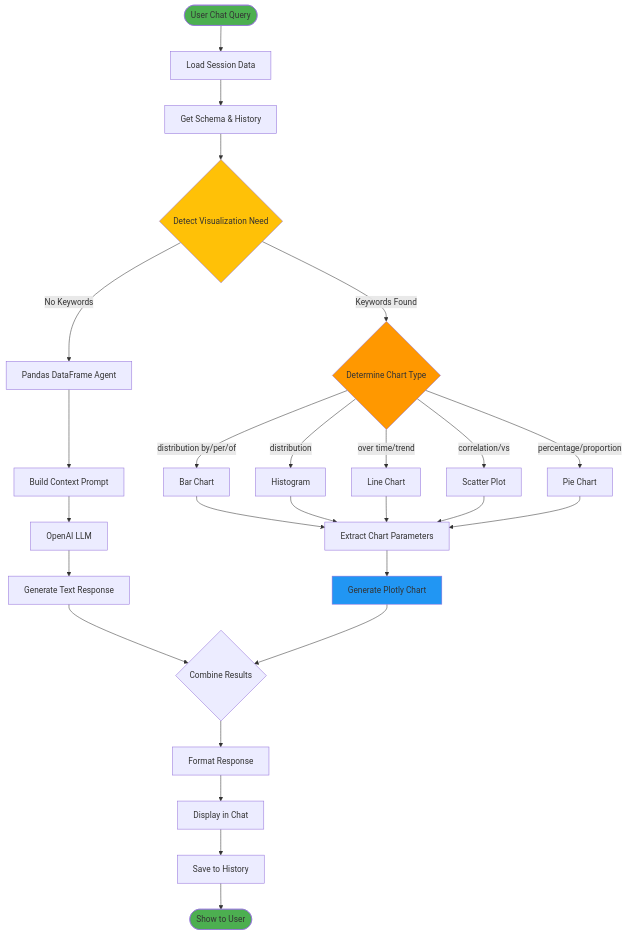
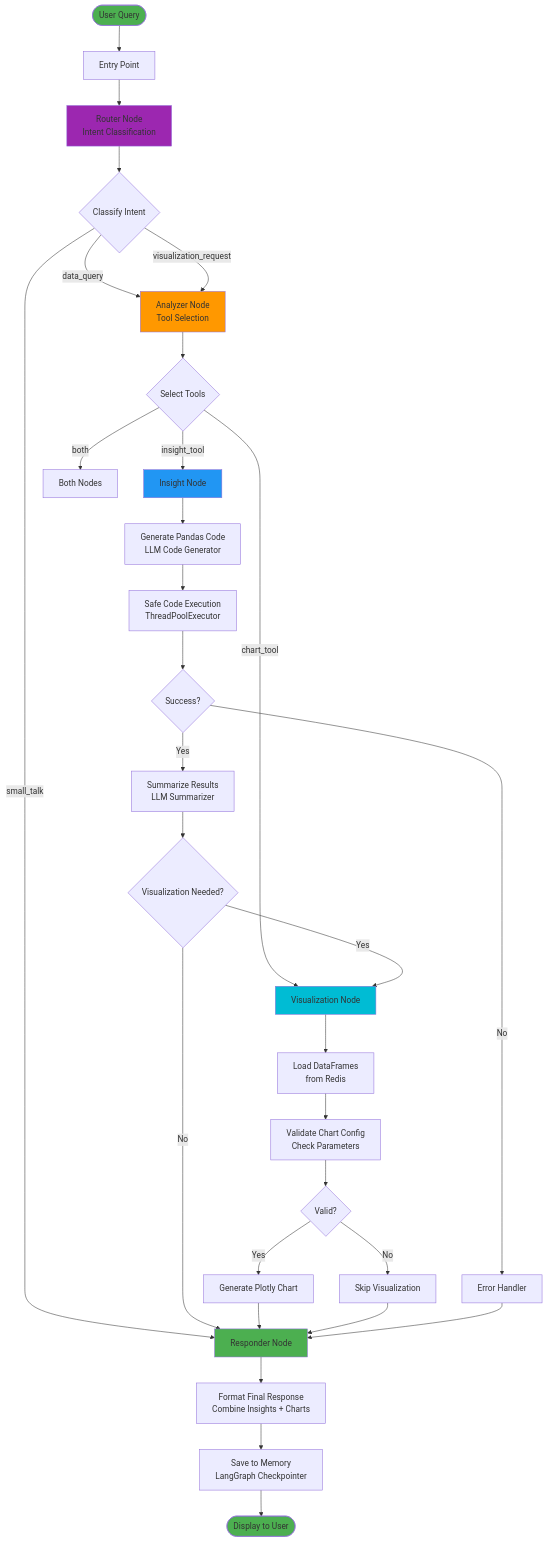
The ninth of 20 diagrams in README.md (shivansh-2003/Data-Assistant), drawn with Mermaid before and after one commit. The commit also changed other lines of this file, not shown here.

First line of the commit message:
docs: Update README with InsightBot architecture and testing framework

````diff
--- a/README.md
+++ b/README.md
@@ -418,40 +431,49 @@
 ```mermaid
 flowchart TD
-    START([User Chat Query]) --> LOAD[Load Session Data]
-    LOAD --> SCHEMA[Get Schema & History]
-    SCHEMA --> DETECT{Detect Visualization Need}
+    START([User Query]) --> ENTRY[Entry Point]
+    ENTRY --> ROUTER[Router Node<br/>Intent Classification]
     
-    DETECT -->|Keywords Found| VIZ_TYPE{Determine Chart Type}
-    DETECT -->|No Keywords| AGENT[Pandas DataFrame Agent]
+    ROUTER --> CLASSIFY{Classify Intent}
+    CLASSIFY -->|data_query| ANALYZER[Analyzer Node<br/>Tool Selection]
+    CLASSIFY -->|visualization_request| ANALYZER
+    CLASSIFY -->|small_talk| RESPONDER[Responder Node]
     
-    VIZ_TYPE -->|"distribution by/per/of"| BAR[Bar Chart]
-    VIZ_TYPE -->|"distribution"| HIST[Histogram]
-    VIZ_TYPE -->|"over time/trend"| LINE[Line Chart]
-    VIZ_TYPE -->|"correlation/vs"| SCATTER[Scatter Plot]
-    VIZ_TYPE -->|"percentage/proportion"| PIE[Pie Chart]
+    ANALYZER --> SELECT{Select Tools}
+    SELECT -->|insight_tool| INSIGHT[Insight Node]
+    SELECT -->|chart_tool| VIZ[Visualization Node]
+    SELECT -->|both| BOTH[Both Nodes]
     
-    BAR --> PARAMS[Extract Chart Parameters]
-    HIST --> PARAMS
-    LINE --> PARAMS
-    SCATTER --> PARAMS
-    PIE --> PARAMS
+    INSIGHT --> GENERATE[Generate Pandas Code<br/>LLM Code Generator]
+    GENERATE --> EXECUTE[Safe Code Execution<br/>ThreadPoolExecutor]
+    EXECUTE --> SUCCESS{Success?}
     
-    AGENT --> CONTEXT[Build Context Prompt]
-    CONTEXT --> LLM[OpenAI LLM]
-    LLM --> RESPONSE[Generate Text Response]
+    SUCCESS -->|Yes| SUMMARIZE[Summarize Results<br/>LLM Summarizer]
+    SUCCESS -->|No| ERROR[Error Handler]
     
-    PARAMS --> CHART[Generate Plotly Chart]
-    RESPONSE --> COMBINE{Combine Results}
-    CHART --> COMBINE
+    SUMMARIZE --> CHECK_VIZ{Visualization Needed?}
+    CHECK_VIZ -->|Yes| VIZ
+    CHECK_VIZ -->|No| RESPONDER
     
-    COMBINE --> FORMAT[Format Response]
-    FORMAT --> DISPLAY[Display in Chat]
-    DISPLAY --> HISTORY[Save to History]
-    HISTORY --> END([Show to User])
+    VIZ --> LOAD[Load DataFrames<br/>from Redis]
+    LOAD --> CONFIG[Validate Chart Config<br/>Check Parameters]
+    CONFIG --> VALID{Valid?}
+    
+    VALID -->|Yes| CHART[Generate Plotly Chart]
+    VALID -->|No| SKIP[Skip Visualization]
+    
+    CHART --> RESPONDER
+    SKIP --> RESPONDER
+    ERROR --> RESPONDER
+    
+    RESPONDER --> FORMAT[Format Final Response<br/>Combine Insights + Charts]
+    FORMAT --> MEMORY[Save to Memory<br/>LangGraph Checkpointer]
+    MEMORY --> END([Display to User])
     
     style START fill:#4CAF50
-    style DETECT fill:#FFC107
-    style VIZ_TYPE fill:#FF9800
-    style CHART fill:#2196F3
+    style ROUTER fill:#9C27B0
+    style ANALYZER fill:#FF9800
+    style INSIGHT fill:#2196F3
+    style VIZ fill:#00BCD4
+    style RESPONDER fill:#4CAF50
     style END fill:#4CAF50
 ```
````
